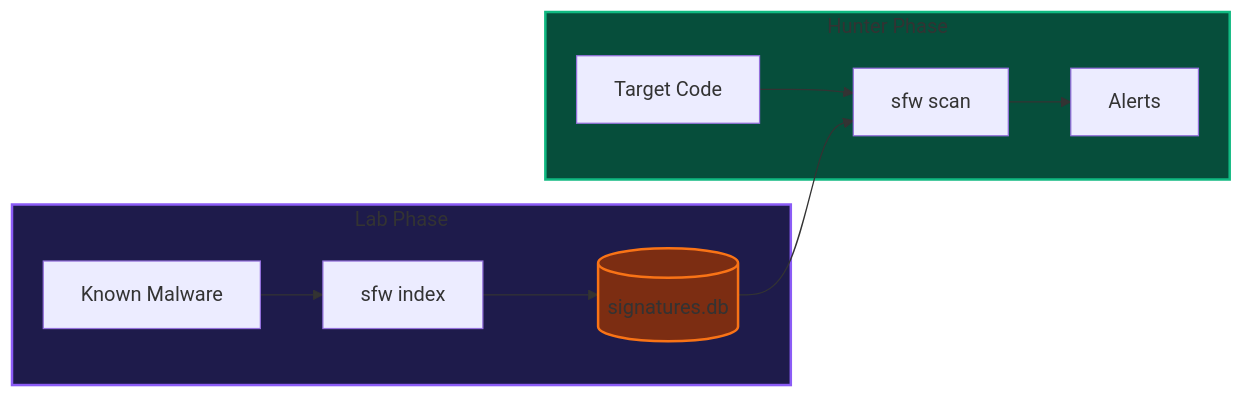
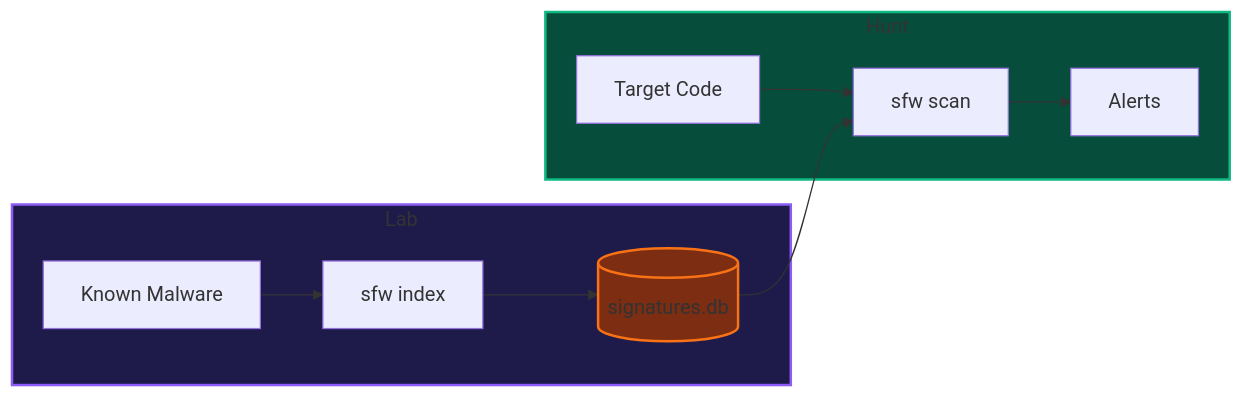
Before and after one commit to BlackVectorOps/semantic_firewall: the first of 3 diagrams in README.md, drawn with Mermaid. The commit also changed other lines of this file, not shown here.

````diff
--- a/README.md
+++ b/README.md
@@ -491,17 +518,17 @@
 ```mermaid
 flowchart LR
-    subgraph Lab["Lab Phase"]
-        M1["Known Malware"] --> I["sfw index"]
+    subgraph Lab
+        M1[Known Malware] --> I[sfw index]
         I --> DB[(signatures.db)]
     end
     
-    subgraph Hunt["Hunter Phase"]
-        T["Target Code"] --> S["sfw scan"]
+    subgraph Hunt
+        T[Target Code] --> S[sfw scan]
         DB --> S
-        S --> A["Alerts"]
+        S --> A[Alerts]
     end
     
     style Lab fill:#1e1b4b,stroke:#8b5cf6,stroke-width:2px
     style Hunt fill:#064e3b,stroke:#10b981,stroke-width:2px
     style DB fill:#7c2d12,stroke:#f97316,stroke-width:2px
 ```
````
